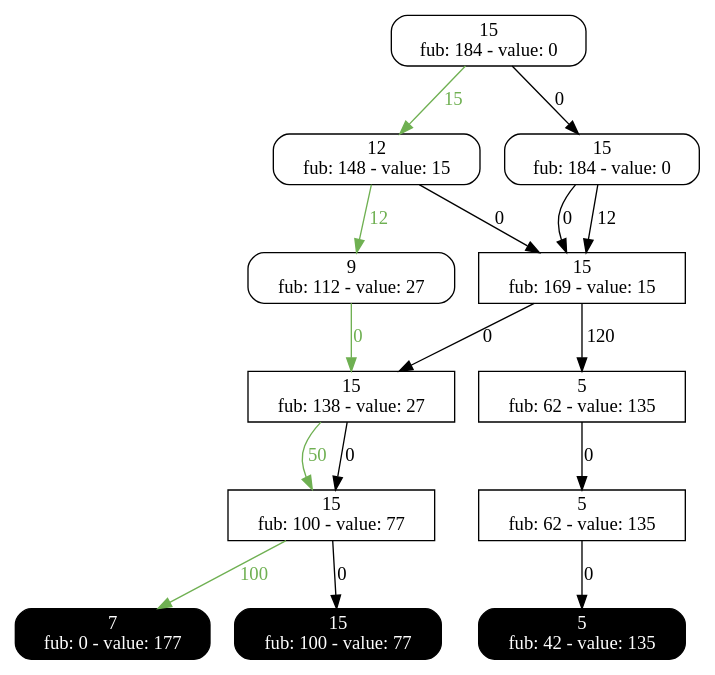
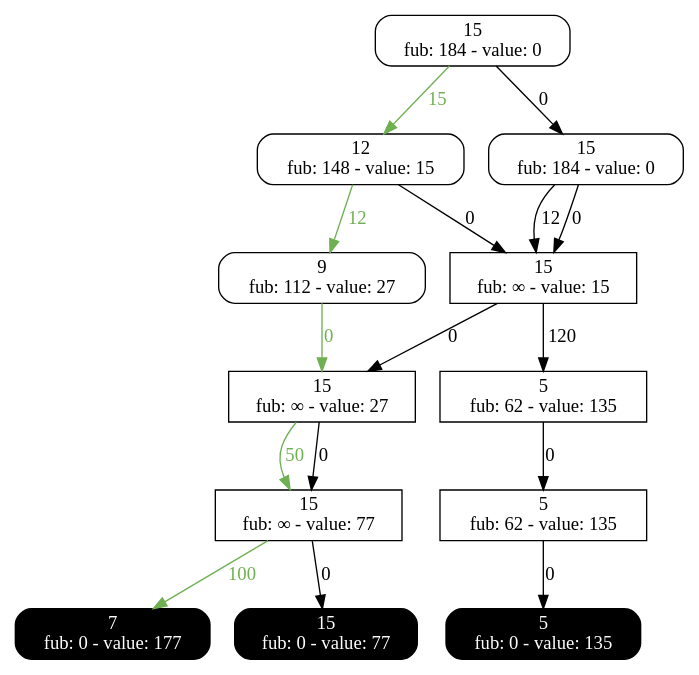
The diagram in output/KS_relaxed.dot (DDOLIB-CETIC-UCL/DDOLib), drawn with Graphviz before and after one commit. The commit also changed 5 other files, not shown here.

```diff
--- a/output/KS_relaxed.dot
+++ b/output/KS_relaxed.dot
@@ -1,41 +1,41 @@
 digraph relaxed{
 14 [label="15
 fub: 184 - value: 0", style=rounded, shape=rectangle, tooltip="Exact node"];
 15 [label="12
 fub: 148 - value: 15", style=rounded, shape=rectangle, tooltip="Exact node"];
 16 [label="15
 fub: 184 - value: 0", style=rounded, shape=rectangle, tooltip="Exact node"];
 17 [label="9
 fub: 112 - value: 27", style=rounded, shape=rectangle, tooltip="Exact node"];
 20 [label="15
-fub: 169 - value: 15", shape=box, tooltip="Relaxed node"];
+fub: ∞ - value: 15", shape=box, tooltip="Relaxed node"];
 22 [label="5
 fub: 62 - value: 135", shape=box, tooltip="Relaxed node"];
 24 [label="15
-fub: 138 - value: 27", shape=box, tooltip="Relaxed node"];
+fub: ∞ - value: 27", shape=box, tooltip="Relaxed node"];
 25 [label="5
 fub: 62 - value: 135", shape=box, tooltip="Relaxed node"];
 28 [label="15
-fub: 100 - value: 77", shape=box, tooltip="Relaxed node"];
+fub: ∞ - value: 77", shape=box, tooltip="Relaxed node"];
 29 [label="5
-fub: 42 - value: 135", shape=box, tooltip="Relaxed node", style="filled, rounded", shape=rectangle, color=black, fontcolor=white, tooltip="Terminal node"];
+fub: 0 - value: 135", shape=box, tooltip="Relaxed node", style="filled, rounded", shape=rectangle, color=black, fontcolor=white, tooltip="Terminal node"];
 30 [label="7
 fub: 0 - value: 177", shape=box, tooltip="Relaxed node", style="filled, rounded", shape=rectangle, color=black, fontcolor=white, tooltip="Terminal node"];
 31 [label="15
-fub: 100 - value: 77", shape=box, tooltip="Relaxed node", style="filled, rounded", shape=rectangle, color=black, fontcolor=white, tooltip="Terminal node"];
+fub: 0 - value: 77", shape=box, tooltip="Relaxed node", style="filled, rounded", shape=rectangle, color=black, fontcolor=white, tooltip="Terminal node"];
+15 -> 20 [label=0, tooltip="Decision: assign 0 to var 1"];
+14 -> 15 [label=15, tooltip="Decision: assign 1 to var 0", color="#6fb052", fontcolor="#6fb052"];
+16 -> 20 [label=12, tooltip="Decision: assign 1 to var 1"];
+16 -> 20 [label=0, tooltip="Decision: assign 0 to var 1"];
+20 -> 24 [label=0, tooltip="Decision: assign 0 to var 2"];
+14 -> 16 [label=0, tooltip="Decision: assign 0 to var 0"];
+20 -> 22 [label=120, tooltip="Decision: assign 1 to var 2"];
+28 -> 31 [label=0, tooltip="Decision: assign 0 to var 4"];
 24 -> 28 [label=50, tooltip="Decision: assign 1 to var 3", color="#6fb052", fontcolor="#6fb052"];
+25 -> 29 [label=0, tooltip="Decision: assign 0 to var 4"];
+24 -> 28 [label=0, tooltip="Decision: assign 0 to var 3"];
 22 -> 25 [label=0, tooltip="Decision: assign 0 to var 3"];
-14 -> 16 [label=0, tooltip="Decision: assign 0 to var 0"];
-20 -> 24 [label=0, tooltip="Decision: assign 0 to var 2"];
-20 -> 22 [label=120, tooltip="Decision: assign 1 to var 2"];
+28 -> 30 [label=100, tooltip="Decision: assign 1 to var 4", color="#6fb052", fontcolor="#6fb052"];
+15 -> 17 [label=12, tooltip="Decision: assign 1 to var 1", color="#6fb052", fontcolor="#6fb052"];
 17 -> 24 [label=0, tooltip="Decision: assign 0 to var 2", color="#6fb052", fontcolor="#6fb052"];
-25 -> 29 [label=0, tooltip="Decision: assign 0 to var 4"];
-28 -> 30 [label=100, tooltip="Decision: assign 1 to var 4", color="#6fb052", fontcolor="#6fb052"];
-28 -> 31 [label=0, tooltip="Decision: assign 0 to var 4"];
-16 -> 20 [label=0, tooltip="Decision: assign 0 to var 1"];
-15 -> 20 [label=0, tooltip="Decision: assign 0 to var 1"];
-15 -> 17 [label=12, tooltip="Decision: assign 1 to var 1", color="#6fb052", fontcolor="#6fb052"];
-16 -> 20 [label=12, tooltip="Decision: assign 1 to var 1"];
-14 -> 15 [label=15, tooltip="Decision: assign 1 to var 0", color="#6fb052", fontcolor="#6fb052"];
-24 -> 28 [label=0, tooltip="Decision: assign 0 to var 3"];
 }
```
